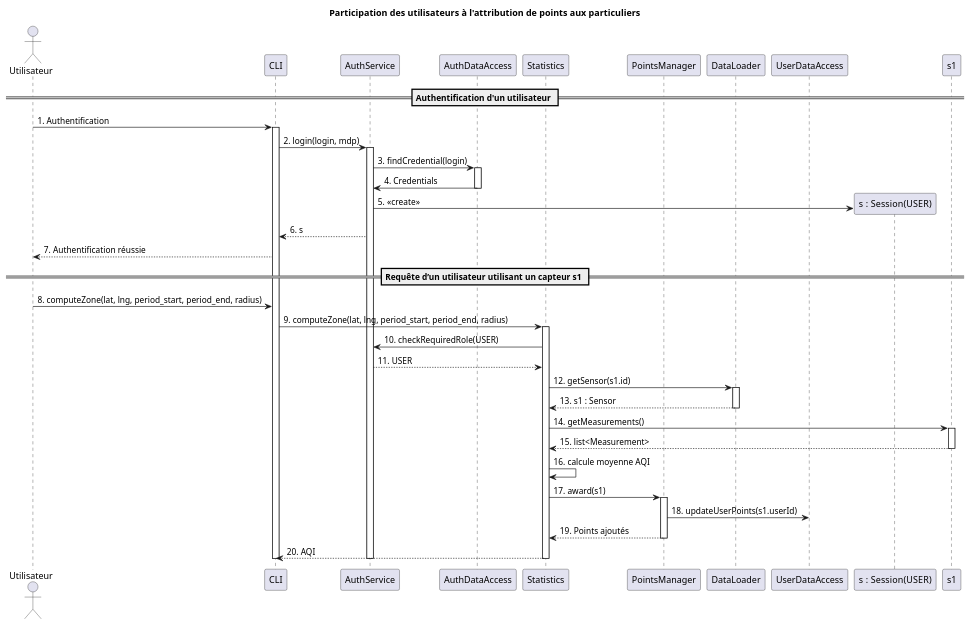
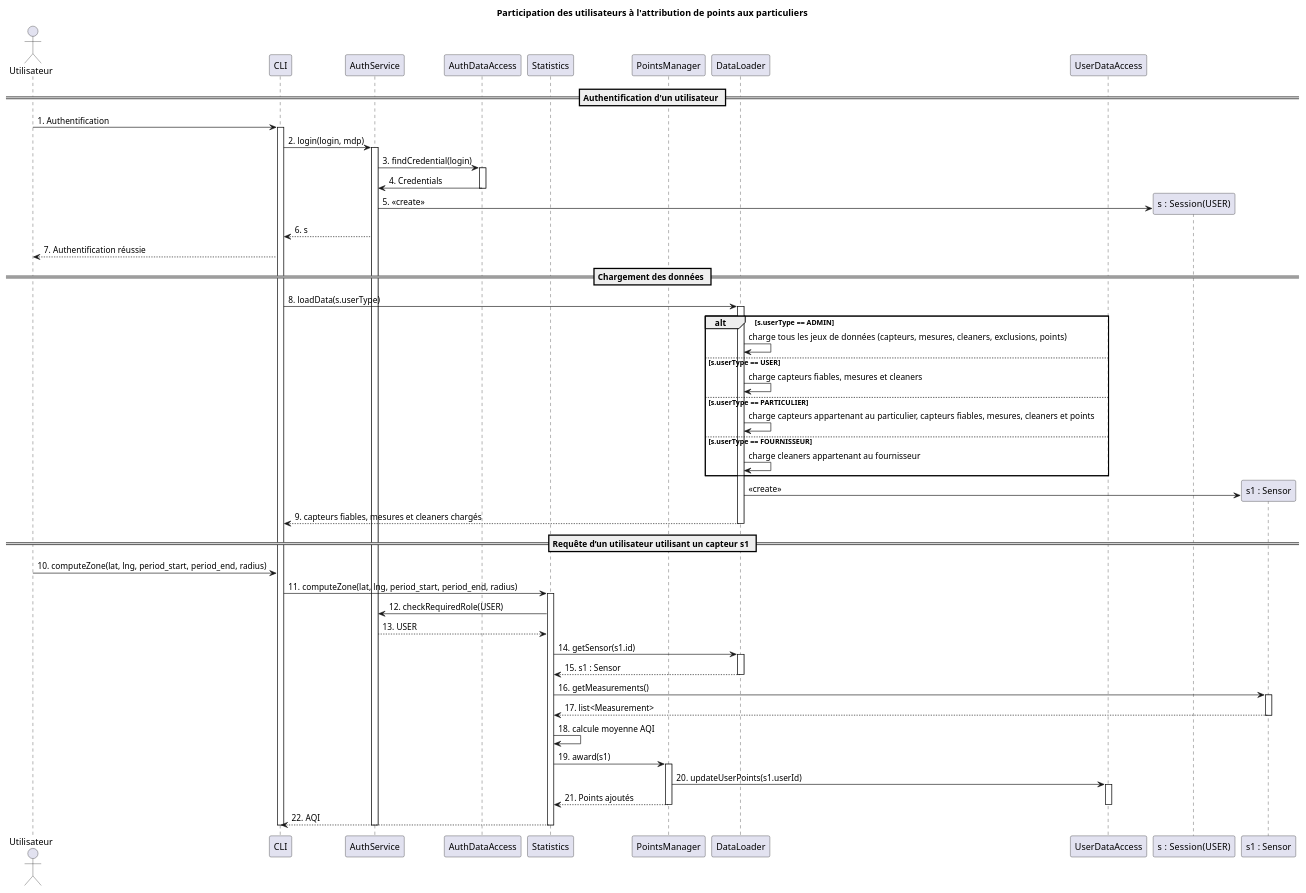
Before and after one commit to ldureuil/3IF_AirWatcher: the diagram in DdS-Participation.puml, drawn with PlantUML. The commit also changed 3 other files, not shown here.

Commit message:
Correction MCD et Diagramme de Sequence Participation + Ajout de 2 nouveaux diagrammes de séquence

```diff
--- a/DdS-Participation.puml
+++ b/DdS-Participation.puml
@@ -1,64 +1,83 @@
 @startuml Partici
 title Participation des utilisateurs à l'attribution de points aux particuliers
 
 actor "Utilisateur" as user
 
 participant "CLI" as cli
 
 participant "AuthService" as auth
 participant "AuthDataAccess" as authdata
 
 participant "Statistics" as service
 
 participant "PointsManager" as points
 participant "DataLoader" as dl
 participant "UserDataAccess" as uda
 
 == Authentification d'un utilisateur ==
 user -> cli : 1. Authentification
 activate cli
 cli -> auth : 2. login(login, mdp)
 
     activate auth
         auth -> authdata : 3. findCredential(login)
 
         activate authdata
             authdata -> auth : 4. Credentials
         deactivate authdata
 
         create "s :  Session(USER)" as s
         auth -> s : 5. <<create>>
         auth --> cli : 6. s
         cli --> user : 7. Authentification réussie
 
+== Chargement des données ==
+    cli -> dl  : 8. loadData(s.userType)
+    activate dl
+    alt s.userType == ADMIN
+        dl -> dl : charge tous les jeux de données  (capteurs, mesures, cleaners, exclusions, points)
+    else s.userType == USER
+        dl -> dl : charge capteurs fiables, mesures et cleaners
+    else s.userType == PARTICULIER
+        dl -> dl : charge capteurs appartenant au particulier, capteurs fiables, mesures, cleaners et points
+    else s.userType == FOURNISSEUR
+        dl -> dl : charge cleaners appartenant au fournisseur
+    end
+    create "s1 : Sensor" as s1
+    dl -> s1 : <<create>>
+    dl --> cli  : 9. capteurs fiables, mesures et cleaners chargés
+    deactivate dl
+
 == Requête d’un utilisateur utilisant un capteur s1 ==
-        user -> cli : 8. computeZone(lat, lng, period_start, period_end, radius)
-        cli -> service : 9. computeZone(lat, lng, period_start, period_end, radius)
+        user -> cli : 10. computeZone(lat, lng, period_start, period_end, radius)
+        cli -> service : 11. computeZone(lat, lng, period_start, period_end, radius)
         
         activate service
-            service -> auth : 10. checkRequiredRole(USER)
-            auth --> service : 11. USER
+            service -> auth : 12. checkRequiredRole(USER)
+            auth --> service : 13. USER
 
-            service -> dl : 12. getSensor(s1.id)
+            service -> dl : 14. getSensor(s1.id)
             activate dl
-                dl --> service : 13. s1 : Sensor
+                dl --> service : 15. s1 : Sensor
             deactivate dl
 
-            service -> s1 : 14. getMeasurements()
+            service -> s1 : 16. getMeasurements()
             activate s1
-                s1 --> service : 15. list<Measurement>
+                s1 --> service : 17. list<Measurement>
             deactivate s1
 
-            service -> service : 16. calcule moyenne AQI
+            service -> service : 18. calcule moyenne AQI
 
-            service -> points : 17. award(s1)
+            service -> points : 19. award(s1)
             activate points
-                points -> uda : 18. updateUserPoints(s1.userId)
-                points --> service : 19. Points ajoutés
+                points -> uda : 20. updateUserPoints(s1.userId)
+                activate uda
+                    points --> service : 21. Points ajoutés
+                deactivate uda
             deactivate points
 
-            service --> cli : 20. AQI
+            service --> cli : 22. AQI
         deactivate service
     deactivate auth
 deactivate cli
 @enduml
```
